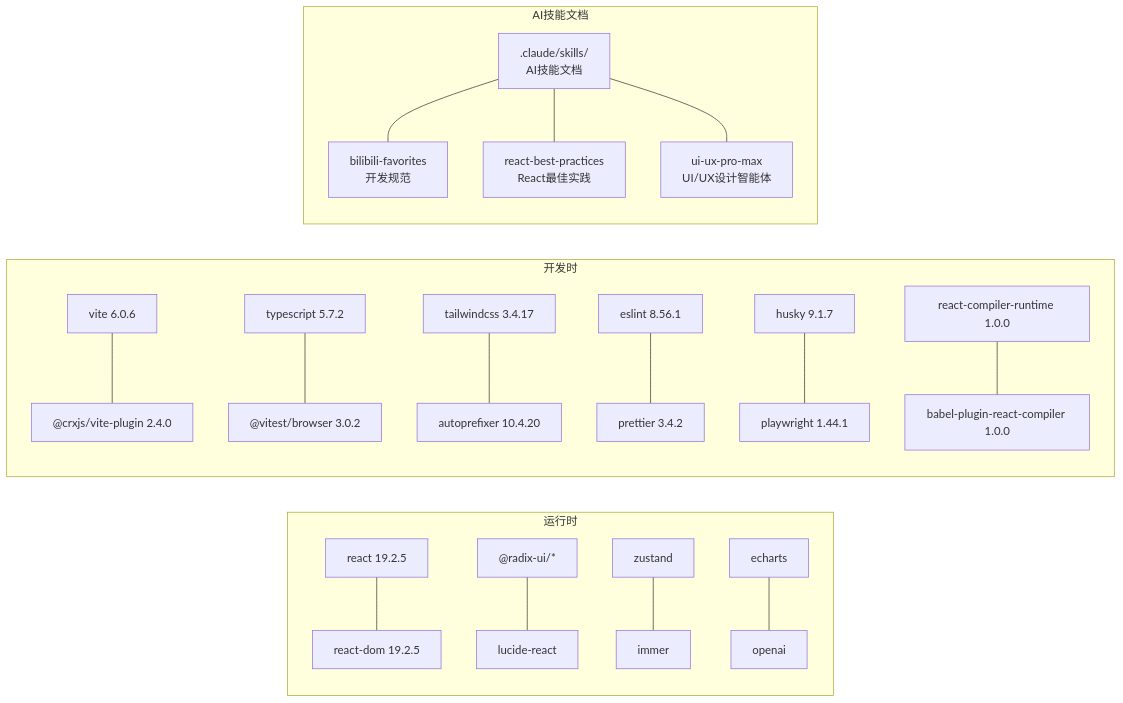
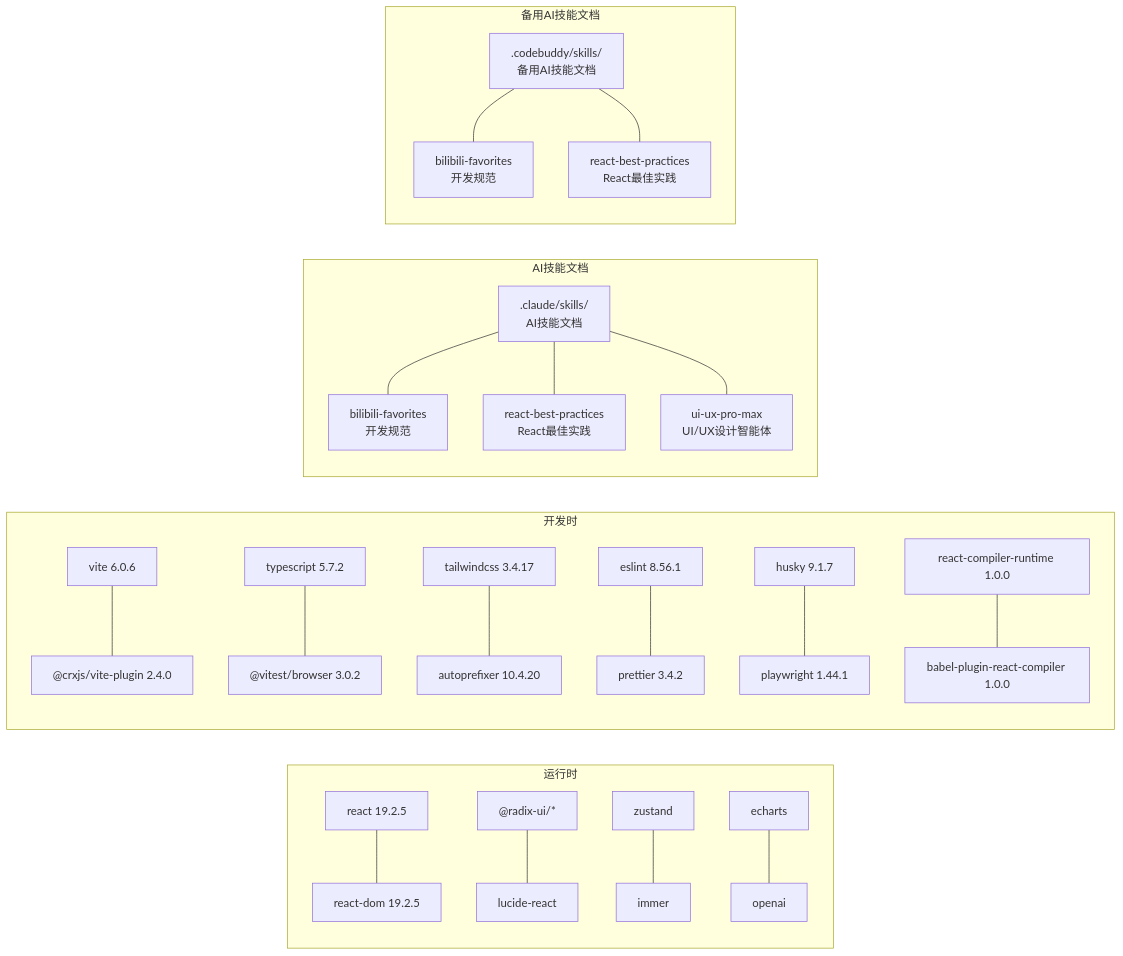
Before and after one commit to RadiumAg/bilibili-favorites: the third of 3 diagrams in .qoder/repowiki/zh/content/开发指南/开发指南.md, drawn with Mermaid. The commit also changed other lines of this file and 10 other files, not shown here.

````diff
--- a/.qoder/repowiki/zh/content/开发指南/开发指南.md
+++ b/.qoder/repowiki/zh/content/开发指南/开发指南.md
@@ -411,22 +500,26 @@
 ```mermaid
 graph LR
 subgraph "运行时"
 R1["react 19.2.5"] --- R2["react-dom 19.2.5"]
 U1["@radix-ui/*"] --- U2["lucide-react"]
 S1["zustand"] --- S2["immer"]
 V1["echarts"] --- O1["openai"]
 end
 subgraph "开发时"
 D1["vite 6.0.6"] --- D2["@crxjs/vite-plugin 2.4.0"]
 D3["typescript 5.7.2"] --- D4["@vitest/browser 3.0.2"]
 D5["tailwindcss 3.4.17"] --- D6["autoprefixer 10.4.20"]
 D7["eslint 8.56.1"] --- D8["prettier 3.4.2"]
 D9["husky 9.1.7"] --- D10["playwright 1.44.1"]
 D11["react-compiler-runtime 1.0.0"] --- D12["babel-plugin-react-compiler 1.0.0"]
 end
 subgraph "AI技能文档"
 A1[".claude/skills/<br/>AI技能文档"] --- A2["bilibili-favorites<br/>开发规范"]
 A1 --- A3["react-best-practices<br/>React最佳实践"]
 A1 --- A4["ui-ux-pro-max<br/>UI/UX设计智能体"]
 end
+subgraph "备用AI技能文档"
+B1[".codebuddy/skills/<br/>备用AI技能文档"] --- B2["bilibili-favorites<br/>开发规范"]
+B1 --- B3["react-best-practices<br/>React最佳实践"]
+end
 ```
````
